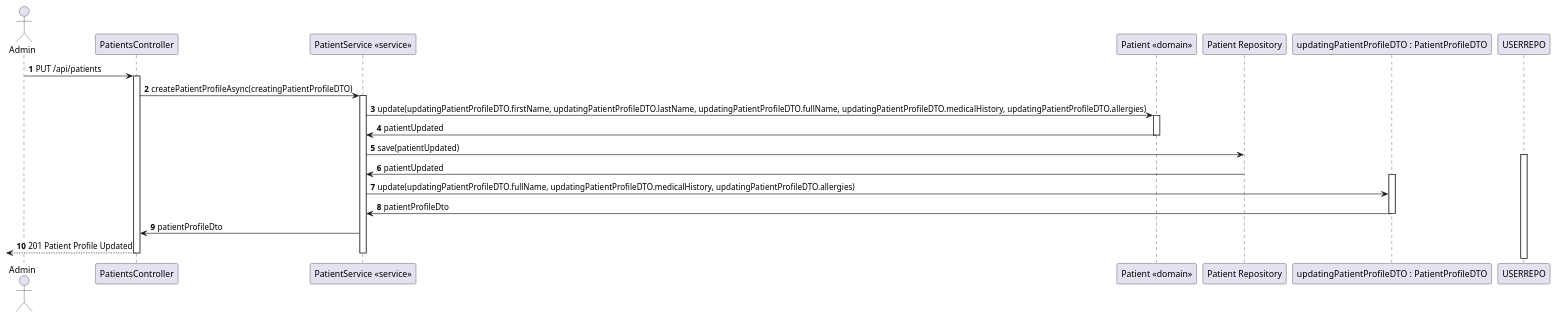
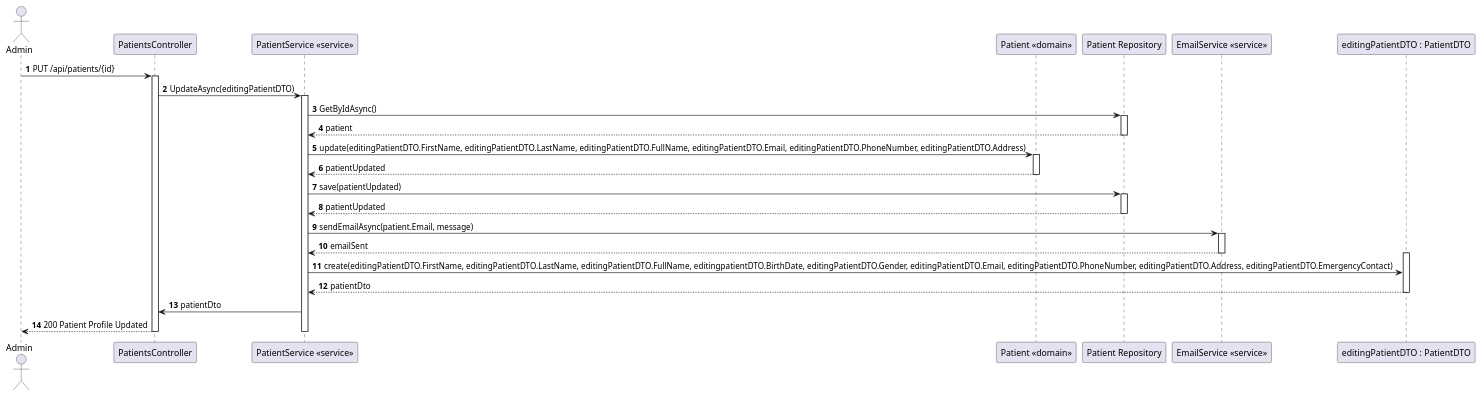
One commit to Lapr5G21/sem5pi-24-25-3ddg21 changed the diagram in docs/PatientProfileUpdate/views/level3/process-view2.puml. Above: the diagram before and after it, drawn with PlantUML. The commit also changed 26 other files, not shown here.

```diff
--- a/docs/PatientProfileUpdate/views/level3/process-view2.puml
+++ b/docs/PatientProfileUpdate/views/level3/process-view2.puml
@@ -1,41 +1,55 @@
-@startuml Patient Profile Update (level 3 - 2)
+@startuml PatientProfileUpdate(level3-2)
 
 autonumber
 actor Admin as "Admin"
 participant CTRL as "PatientsController"
 participant SERVICE as "PatientService <<service>>"
 participant PATIENT as "Patient <<domain>>"
 participant REPO as "Patient Repository"
-participant DTO as "updatingPatientProfileDTO : PatientProfileDTO"
+participant EMAILSERVICE as "EmailService <<service>>"
+participant DTO as "editingPatientDTO : PatientDTO"
 
-Admin-> CTRL : PUT /api/patients
+Admin-> CTRL : PUT /api/patients/{id}
 activate CTRL
 
-CTRL -> SERVICE : createPatientProfileAsync(creatingPatientProfileDTO)
+CTRL -> SERVICE : UpdateAsync(editingPatientDTO)
 activate SERVICE
 
-    SERVICE -> PATIENT : update(updatingPatientProfileDTO.firstName, updatingPatientProfileDTO.lastName, updatingPatientProfileDTO.fullName, updatingPatientProfileDTO.medicalHistory, updatingPatientProfileDTO.allergies)
+    SERVICE -> REPO : GetByIdAsync()
+    activate REPO
+
+    REPO --> SERVICE : patient
+    deactivate REPO
+    
+    SERVICE -> PATIENT : update(editingPatientDTO.FirstName, editingPatientDTO.LastName, editingPatientDTO.FullName, editingPatientDTO.Email, editingPatientDTO.PhoneNumber, editingPatientDTO.Address)
     activate PATIENT
 
-    PATIENT -> SERVICE : patientUpdated
+    PATIENT --> SERVICE : patientUpdated
     deactivate PATIENT
 
     SERVICE -> REPO : save(patientUpdated)
-    activate USERREPO
+    activate REPO
 
-    REPO -> SERVICE : patientUpdated
+    REPO --> SERVICE : patientUpdated
     deactivate REPO
+
+    SERVICE -> EMAILSERVICE : sendEmailAsync(patient.Email, message)
+    activate EMAILSERVICE
+
+    EMAILSERVICE --> SERVICE : emailSent
+    deactivate EMAILSERVICE
+
     activate DTO
     
-    SERVICE -> DTO : update(updatingPatientProfileDTO.fullName, updatingPatientProfileDTO.medicalHistory, updatingPatientProfileDTO.allergies)
+    SERVICE -> DTO : create(editingPatientDTO.FirstName, editingPatientDTO.LastName, editingPatientDTO.FullName, editingpatientDTO.BirthDate, editingPatientDTO.Gender, editingPatientDTO.Email, editingPatientDTO.PhoneNumber, editingPatientDTO.Address, editingPatientDTO.EmergencyContact)
     
-    DTO -> SERVICE : patientProfileDto
+    DTO --> SERVICE : patientDto
     deactivate DTO
 
-    SERVICE -> CTRL : patientProfileDto
+    SERVICE -> CTRL : patientDto
     
-    <-- CTRL : 201 Patient Profile Updated
+    CTRL --> Admin : 200 Patient Profile Updated
 
 deactivate SERVICE
 deactivate CTRL
 @enduml
```
